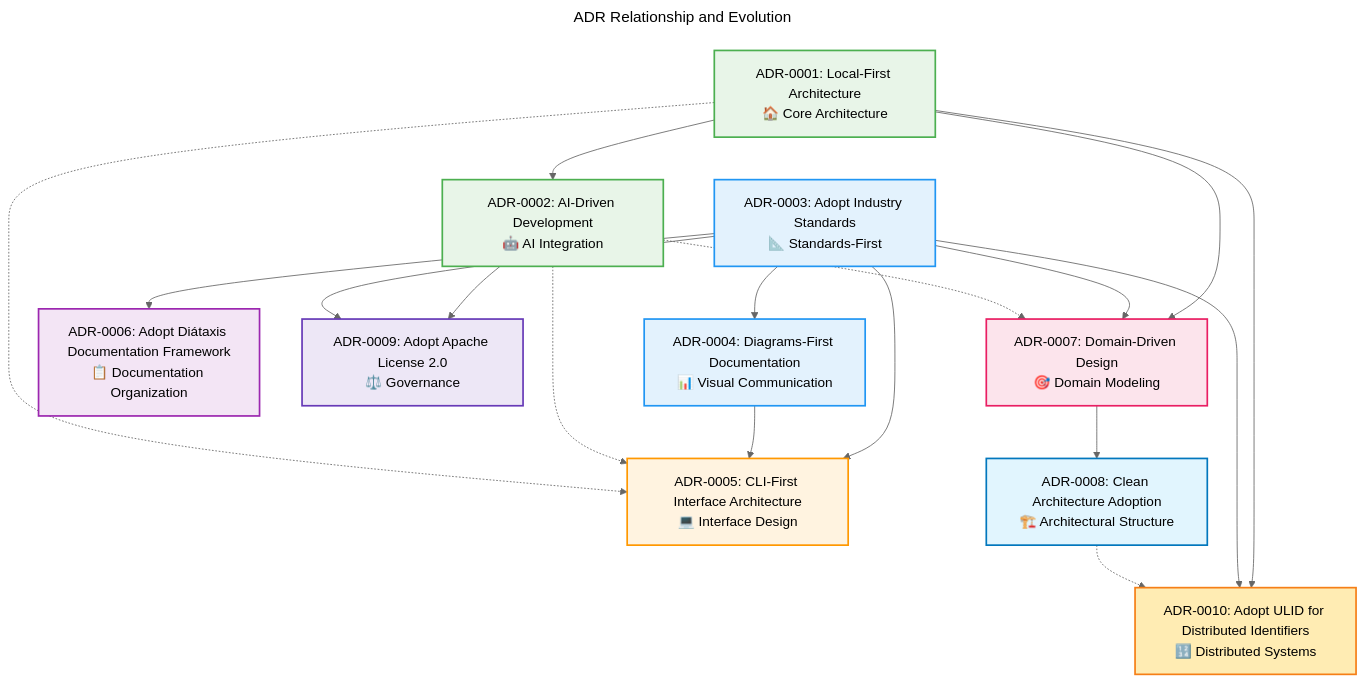
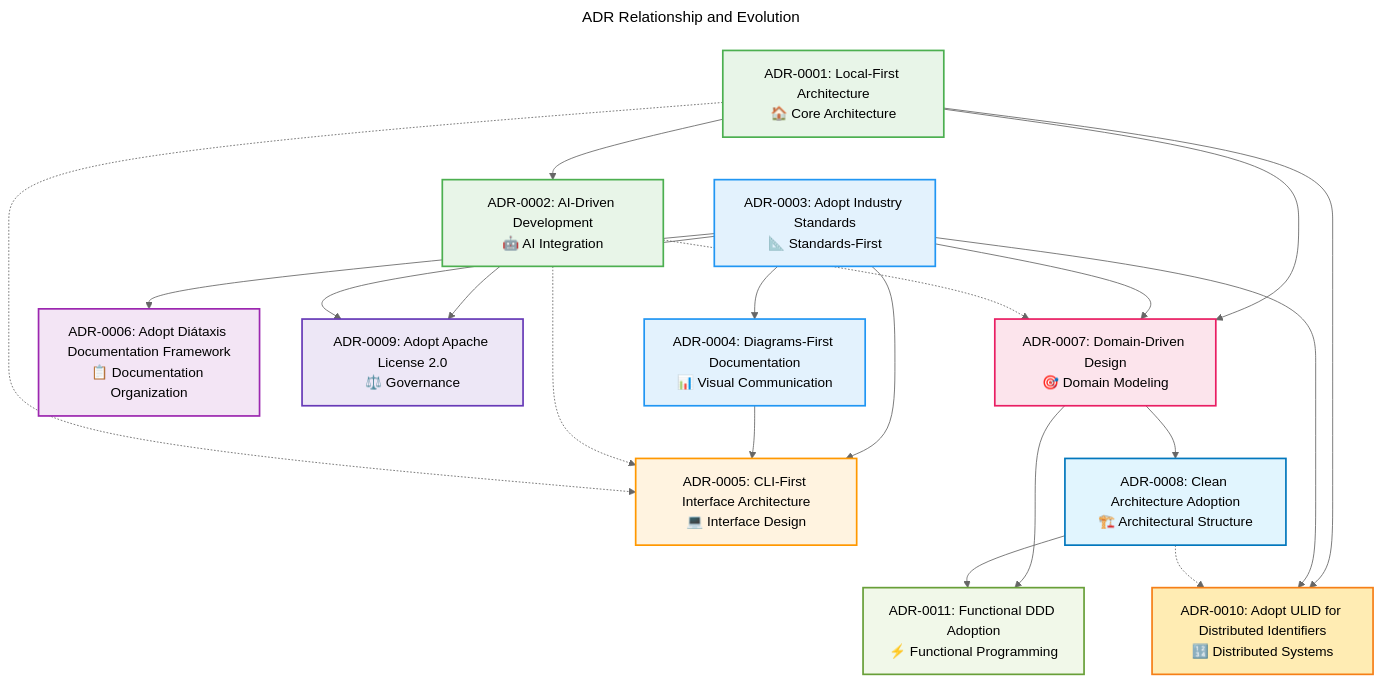
One commit to kamiazya/scopes changed the second of 2 diagrams in docs/explanation/adr/README.md. Above: the diagram before and after it, drawn with Mermaid. The commit also changed other lines of this file and 79 other files, not shown here.

First line of the commit message:
Set up development environment with functional DDD architecture (#3)

````diff
--- a/docs/explanation/adr/README.md
+++ b/docs/explanation/adr/README.md
@@ -131,68 +131,73 @@
 ```mermaid
 ---
 title: ADR Relationship and Evolution
 ---
 %%{init: {"theme": "neutral", "themeVariables": {"primaryColor": "#4caf50", "primaryTextColor": "#2e7d32", "primaryBorderColor": "#2e7d32"}}}%%
 graph TD
-    %% Foundation ADRs
-    ADR_001[ADR-0001: Local-First Architecture<br/>🏠 Core Architecture]
+  %% Foundation ADRs
+  ADR_001[ADR-0001: Local-First Architecture<br/>🏠 Core Architecture]
 
-    %% Standards and Principles
-    ADR_002[ADR-0002: AI-Driven Development<br/>🤖 AI Integration]
-    ADR_003[ADR-0003: Adopt Industry Standards<br/>📐 Standards-First]
+  %% Standards and Principles
+  ADR_002[ADR-0002: AI-Driven Development<br/>🤖 AI Integration]
+  ADR_003[ADR-0003: Adopt Industry Standards<br/>📐 Standards-First]
 
-    %% Implementation Approach
-    ADR_004[ADR-0004: Diagrams-First Documentation<br/>📊 Visual Communication]
-    ADR_005[ADR-0005: CLI-First Interface Architecture<br/>💻 Interface Design]
+  %% Implementation Approach
+  ADR_004[ADR-0004: Diagrams-First Documentation<br/>📊 Visual Communication]
+  ADR_005[ADR-0005: CLI-First Interface Architecture<br/>💻 Interface Design]
 
-    %% Process and Organization
-    ADR_006[ADR-0006: Adopt Diátaxis Documentation Framework<br/>📋 Documentation Organization]
-    ADR_009[ADR-0009: Adopt Apache License 2.0<br/>⚖️ Governance]
+  %% Process and Organization
+  ADR_006[ADR-0006: Adopt Diátaxis Documentation Framework<br/>📋 Documentation Organization]
+  ADR_009[ADR-0009: Adopt Apache License 2.0<br/>⚖️ Governance]
 
 
-    %% Architecture Design
-    ADR_007[ADR-0007: Domain-Driven Design<br/>🎯 Domain Modeling]
-    ADR_008[ADR-0008: Clean Architecture Adoption<br/>🏗️ Architectural Structure]
-    ADR_0010[ADR-0010: Adopt ULID for Distributed Identifiers<br/>🔢 Distributed Systems]
+  %% Architecture Design
+  ADR_007[ADR-0007: Domain-Driven Design<br/>🎯 Domain Modeling]
+  ADR_008[ADR-0008: Clean Architecture Adoption<br/>🏗️ Architectural Structure]
+  ADR_0010[ADR-0010: Adopt ULID for Distributed Identifiers<br/>🔢 Distributed Systems]
+  ADR_0011[ADR-0011: Functional DDD Adoption<br/>⚡ Functional Programming]
 
-    %% Dependencies
-    ADR_003 --> ADR_004
-    ADR_003 --> ADR_005
-    ADR_001 --> ADR_002
-    ADR_003 --> ADR_006
-    ADR_004 --> ADR_005
-    ADR_001 --> ADR_007
-    ADR_003 --> ADR_007
-    ADR_007 --> ADR_008
-    ADR_002 --> ADR_009
-    ADR_003 --> ADR_009
-    ADR_001 --> ADR_0010
-    ADR_003 --> ADR_0010
+  %% Dependencies
+  ADR_003 --> ADR_004
+  ADR_003 --> ADR_005
+  ADR_001 --> ADR_002
+  ADR_003 --> ADR_006
+  ADR_004 --> ADR_005
+  ADR_001 --> ADR_007
+  ADR_003 --> ADR_007
+  ADR_007 --> ADR_008
+  ADR_002 --> ADR_009
+  ADR_003 --> ADR_009
+  ADR_001 --> ADR_0010
+  ADR_003 --> ADR_0010
+  ADR_007 --> ADR_0011
+  ADR_008 --> ADR_0011
 
 
-    %% Influences (dotted lines)
-    ADR_002 -.-> ADR_005
-    ADR_001 -.-> ADR_005
-    ADR_002 -.-> ADR_007
-    ADR_008 -.-> ADR_0010
+  %% Influences (dotted lines)
+  ADR_002 -.-> ADR_005
+  ADR_001 -.-> ADR_005
+  ADR_002 -.-> ADR_007
+  ADR_008 -.-> ADR_0010
 
-    %% Styling
-    classDef foundation fill:#e8f5e8,stroke:#4caf50,stroke-width:2px
-    classDef standards fill:#e3f2fd,stroke:#2196f3,stroke-width:2px
-    classDef implementation fill:#fff3e0,stroke:#ff9800,stroke-width:2px
-    classDef process fill:#f3e5f5,stroke:#9c27b0,stroke-width:2px
-    classDef architecture fill:#fce4ec,stroke:#e91e63,stroke-width:2px
-    classDef governance fill:#ede7f6,stroke:#673ab7,stroke-width:2px
-    classDef distributed fill:#ffecb3,stroke:#f57f17,stroke-width:2px
-    classDef structural fill:#e1f5fe,stroke:#0277bd,stroke-width:2px
+  %% Styling
+  classDef foundation fill:#e8f5e8,stroke:#4caf50,stroke-width:2px
+  classDef standards fill:#e3f2fd,stroke:#2196f3,stroke-width:2px
+  classDef implementation fill:#fff3e0,stroke:#ff9800,stroke-width:2px
+  classDef process fill:#f3e5f5,stroke:#9c27b0,stroke-width:2px
+  classDef architecture fill:#fce4ec,stroke:#e91e63,stroke-width:2px
+  classDef governance fill:#ede7f6,stroke:#673ab7,stroke-width:2px
+  classDef distributed fill:#ffecb3,stroke:#f57f17,stroke-width:2px
+  classDef structural fill:#e1f5fe,stroke:#0277bd,stroke-width:2px
+  classDef functional fill:#f1f8e9,stroke:#689f38,stroke-width:2px
 
 
-    class ADR_001,ADR_002 foundation
-    class ADR_003,ADR_004 standards
-    class ADR_005 implementation
-    class ADR_006 process
-    class ADR_007 architecture
-    class ADR_008 structural
-    class ADR_009 governance
-    class ADR_0010 distributed
+  class ADR_001,ADR_002 foundation
+  class ADR_003,ADR_004 standards
+  class ADR_005 implementation
+  class ADR_006 process
+  class ADR_007 architecture
+  class ADR_008 structural
+  class ADR_009 governance
+  class ADR_0010 distributed
+  class ADR_0011 functional
 ```
````
